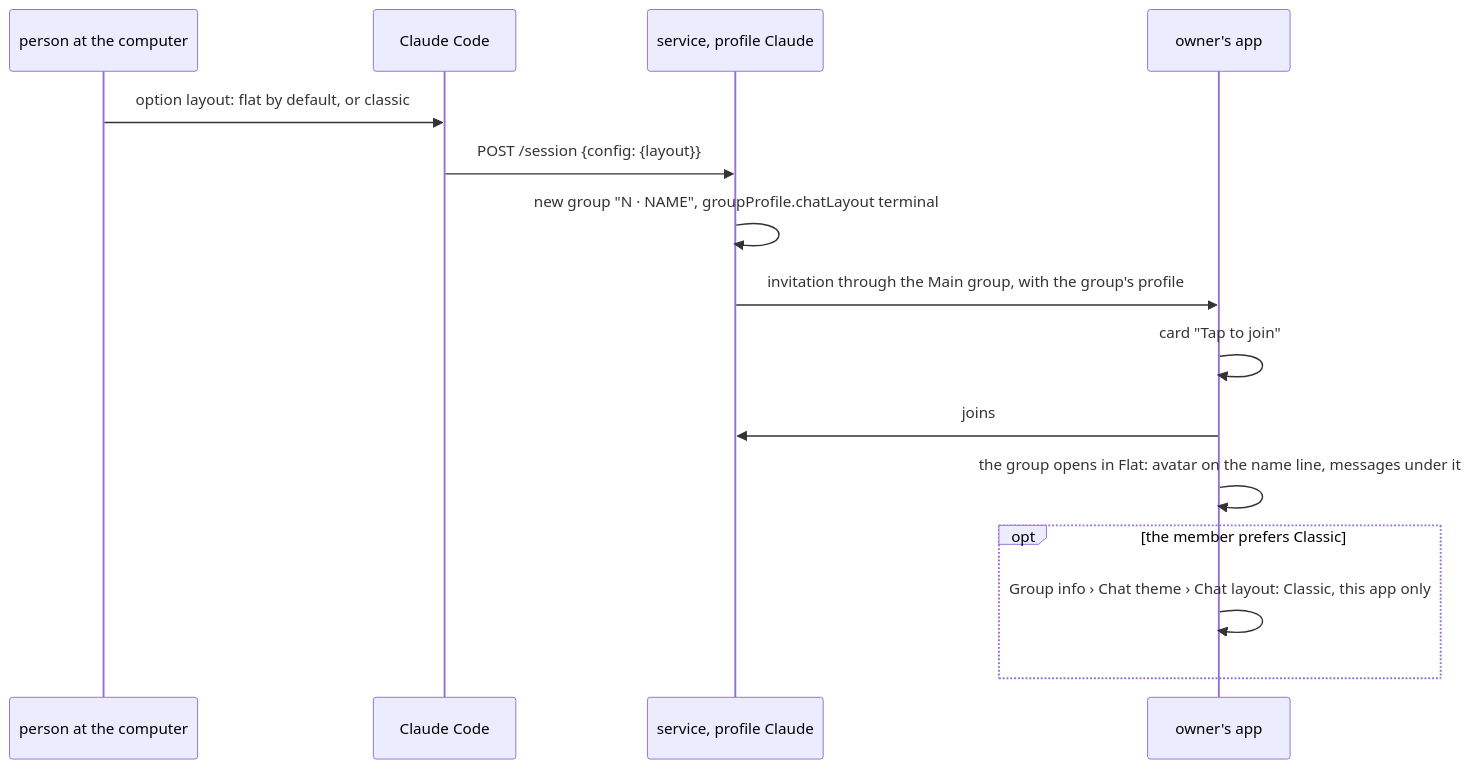
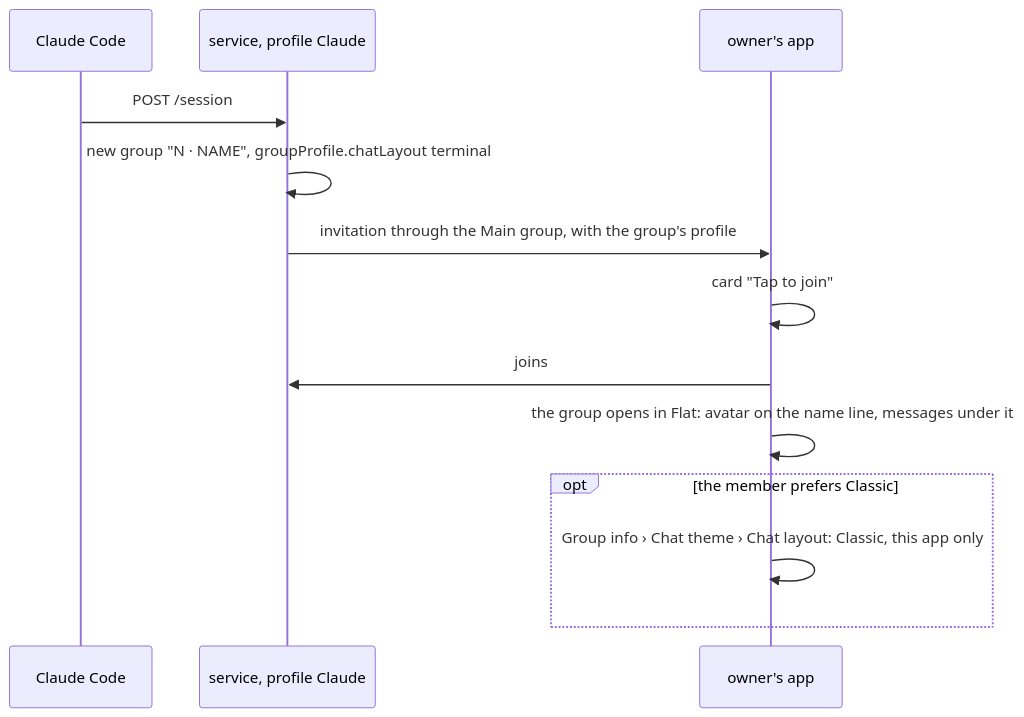
The second of 4 diagrams in plans/2026-11-12-mcp-flat-sessions.md (simplex-chat/simplex-chat), drawn with Mermaid before and after one commit. The commit also changed other lines of this file, not shown here.

Commit message:
plan: mcp-flat-sessions, the user's answers

````diff
--- a/plans/2026-11-12-mcp-flat-sessions.md
+++ b/plans/2026-11-12-mcp-flat-sessions.md
@@ -107,17 +91,15 @@
 ```mermaid
 sequenceDiagram
-  participant P as person at the computer
   participant CC as Claude Code
   participant S as service, profile Claude
   participant O as owner's app
-  P->>CC: option layout: flat by default, or classic
-  CC->>S: POST /session {config: {layout}}
+  CC->>S: POST /session
   S->>S: new group "N · NAME", groupProfile.chatLayout terminal
   S->>O: invitation through the Main group, with the group's profile
   O->>O: card "Tap to join"
   O->>S: joins
   O->>O: the group opens in Flat: avatar on the name line, messages under it
   opt the member prefers Classic
     O->>O: Group info › Chat theme › Chat layout: Classic, this app only
   end
 ```
````
